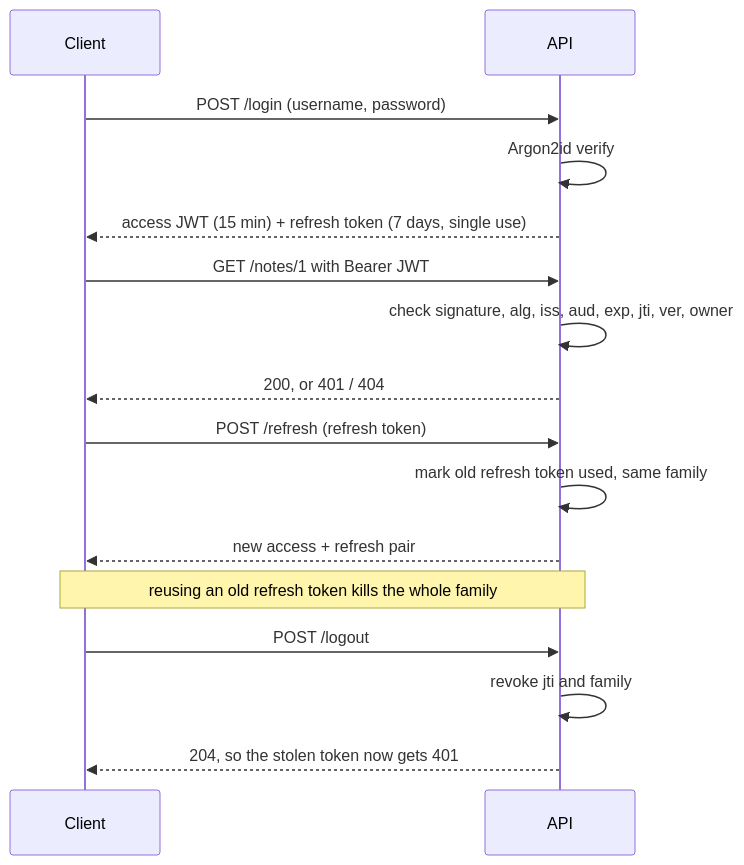
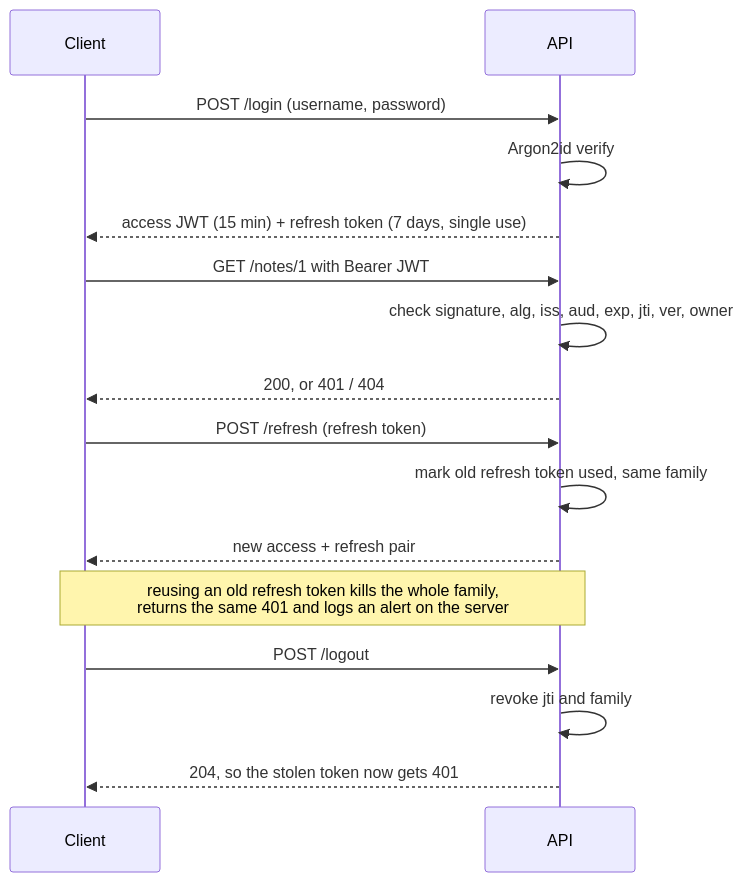
One commit to asadyare/jwt-auth-lab changed the diagram in README.md. Above: the diagram before and after it, drawn with Mermaid. The commit also changed other lines of this file and 10 other files, not shown here.

````diff
--- a/README.md
+++ b/README.md
@@ -24,18 +24,18 @@
 ```mermaid
 sequenceDiagram
     participant C as Client
     participant A as API
     C->>A: POST /login (username, password)
     A->>A: Argon2id verify
     A-->>C: access JWT (15 min) + refresh token (7 days, single use)
     C->>A: GET /notes/1 with Bearer JWT
     A->>A: check signature, alg, iss, aud, exp, jti, ver, owner
     A-->>C: 200, or 401 / 404
     C->>A: POST /refresh (refresh token)
     A->>A: mark old refresh token used, same family
     A-->>C: new access + refresh pair
-    Note over C,A: reusing an old refresh token kills the whole family
+    Note over C,A: reusing an old refresh token kills the whole family,<br/>returns the same 401 and logs an alert on the server
     C->>A: POST /logout
     A->>A: revoke jti and family
     A-->>C: 204, so the stolen token now gets 401
 ```
````
